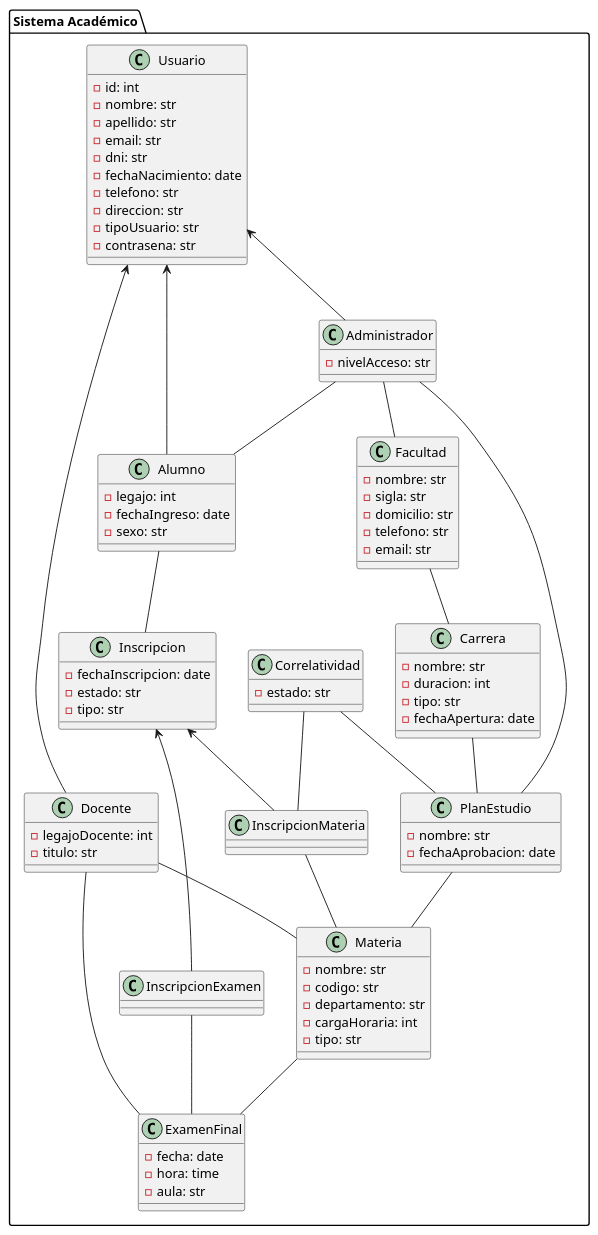
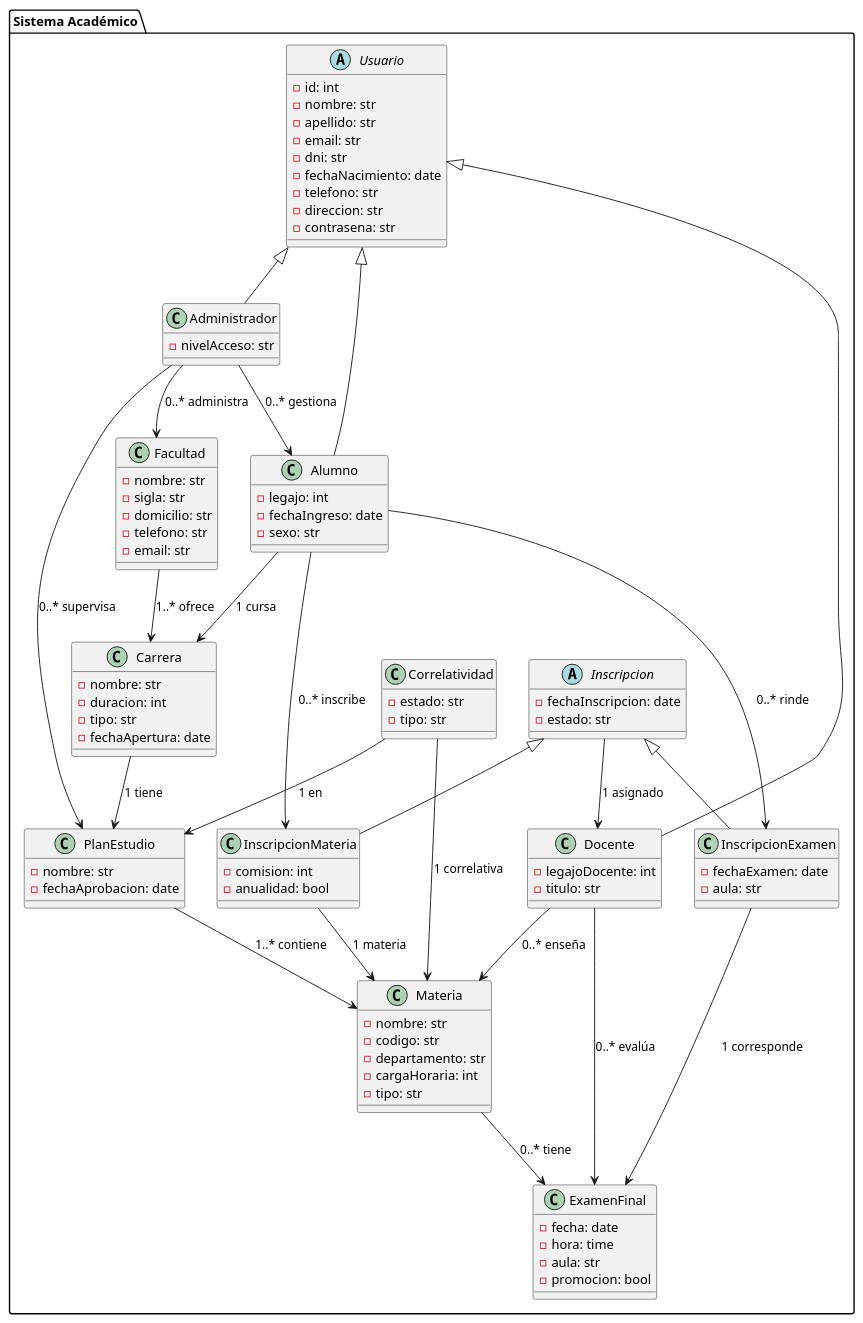
Before and after one commit to valerubio7/project-SysAcad-Rubio: the diagram in docs/diagram.puml, drawn with PlantUML. The commit also changed 1 other file, not shown here.

Commit message:
refactor: mejorar diagrama de clases

```diff
--- a/docs/diagram.puml
+++ b/docs/diagram.puml
@@ -1,113 +1,121 @@
-@startuml Diagrama de Clases de sysacad
-package "Sistema Académico"{
+@startuml Diagrama de Clases Mejorado - SysAcad
+package "Sistema Académico" {
 
-    class Usuario {
+    abstract class Usuario {
         - id: int
         - nombre: str
         - apellido: str
         - email: str
         - dni: str
         - fechaNacimiento: date
         - telefono: str
         - direccion: str
-        - tipoUsuario: str
         - contrasena: str
     }
 
     class Alumno {
         - legajo: int
         - fechaIngreso: date
         - sexo: str
     }
 
     class Docente {
         - legajoDocente: int
         - titulo: str
     }
 
     class Administrador {
         - nivelAcceso: str
     }
-    
+
     class Facultad {
         - nombre: str
         - sigla: str
         - domicilio: str
         - telefono: str
         - email: str
     }
 
     class Materia {
         - nombre: str
         - codigo: str
         - departamento: str
         - cargaHoraria: int
         - tipo: str
     }
 
-    class Carrera{
+    class Carrera {
         - nombre: str
         - duracion: int
         - tipo: str
         - fechaApertura: date
     }
 
-    class PlanEstudio{
+    class PlanEstudio {
         - nombre: str
         - fechaAprobacion: date
     }
 
-    class ExamenFinal{
+    class ExamenFinal {
         - fecha: date
         - hora: time
         - aula: str
+        - promocion: bool
     }
 
-    class Inscripcion{
+    abstract class Inscripcion {
         - fechaInscripcion: date
+        - estado: str
+    }
+
+    class InscripcionExamen {
+        - fechaExamen: date
+        - aula: str
+    }
+
+    class InscripcionMateria {
+        - comision: int
+        - anualidad: bool
+    }
+
+    class Correlatividad {
         - estado: str
         - tipo: str
     }
 
-    class InscripcionExamen{
+    ' Herencia
+    Usuario <|-- Alumno
+    Usuario <|-- Docente
+    Usuario <|-- Administrador
 
-    }
+    Inscripcion <|-- InscripcionMateria
+    Inscripcion <|-- InscripcionExamen
 
-    class InscripcionMateria{
-    }
+    ' Relaciones principales
+    Alumno --> InscripcionMateria         : 0..* inscribe
+    Alumno --> InscripcionExamen          : 0..* rinde
+    Alumno --> Carrera                    : 1 cursa
 
-    class Correlatividad{
-        - estado: str
-    }
+    Docente --> Materia                   : 0..* enseña
+    Docente --> ExamenFinal               : 0..* evalúa
 
+    Inscripcion --> Docente               : 1 asignado
 
+    InscripcionExamen --> ExamenFinal     : 1 corresponde
+    InscripcionMateria --> Materia        : 1 materia
 
-    Usuario <-- Alumno
-    Usuario <-- Docente
-    Usuario <-- Administrador
+    Facultad --> Carrera                  : 1..* ofrece
+    Carrera --> PlanEstudio               : 1 tiene
+    PlanEstudio --> Materia               : 1..* contiene
 
-    Alumno -- Inscripcion
-    Docente -- Materia
-    Docente -- ExamenFinal
+    Correlatividad --> Materia            : 1 correlativa
+    Correlatividad --> PlanEstudio        : 1 en
 
-    Inscripcion <-- InscripcionExamen
-    Inscripcion <-- InscripcionMateria
+    Materia --> ExamenFinal               : 0..* tiene
 
-    InscripcionExamen -- ExamenFinal
-    InscripcionMateria -- Materia
-
-    Facultad -- Carrera
-    Carrera -- PlanEstudio
-    PlanEstudio -- Materia
-
-    Correlatividad -- InscripcionMateria
-    Correlatividad -- PlanEstudio
-
-    Materia -- ExamenFinal
-
-    Administrador -- Facultad
-    Administrador -- PlanEstudio
-    Administrador -- Alumno
+    Administrador --> Facultad            : 0..* administra
+    Administrador --> PlanEstudio         : 0..* supervisa
+    Administrador --> Alumno              : 0..* gestiona
 
 }
 @enduml
```
